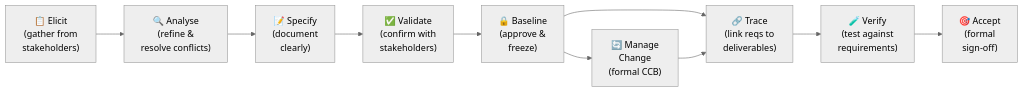
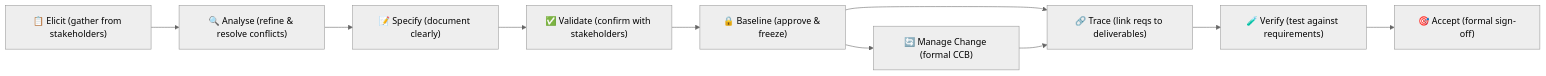
The first of 2 diagrams in modules/08-scope-requirements.md (UncleJS/course_projectManagement), drawn with Mermaid (neutral theme) before and after one commit. The commit also changed 16 other files, not shown here.

Commit message:
Fix Mermaid rendering: remove literal \n from all diagram labels; quote unquoted & in flowchart nodes

````diff
--- a/modules/08-scope-requirements.md
+++ b/modules/08-scope-requirements.md
@@ -33,15 +33,15 @@
 ```mermaid
 flowchart LR
-    E["📋 Elicit\n(gather from\nstakeholders)"]
-    A["🔍 Analyse\n(refine &\nresolve conflicts)"]
-    S["📝 Specify\n(document\nclearly)"]
-    V["✅ Validate\n(confirm with\nstakeholders)"]
-    B["🔒 Baseline\n(approve &\nfreeze)"]
-    MC["🔄 Manage\nChange\n(formal CCB)"]
-    T["🔗 Trace\n(link reqs to\ndeliverables)"]
-    VE["🧪 Verify\n(test against\nrequirements)"]
-    AC["🎯 Accept\n(formal\nsign-off)"]
+    E["📋 Elicit (gather from stakeholders)"]
+    A["🔍 Analyse (refine & resolve conflicts)"]
+    S["📝 Specify (document clearly)"]
+    V["✅ Validate (confirm with stakeholders)"]
+    B["🔒 Baseline (approve & freeze)"]
+    MC["🔄 Manage Change (formal CCB)"]
+    T["🔗 Trace (link reqs to deliverables)"]
+    VE["🧪 Verify (test against requirements)"]
+    AC["🎯 Accept (formal sign-off)"]
     E --> A --> S --> V --> B --> MC
     B --> T --> VE --> AC
     MC --> T
 ```
````
